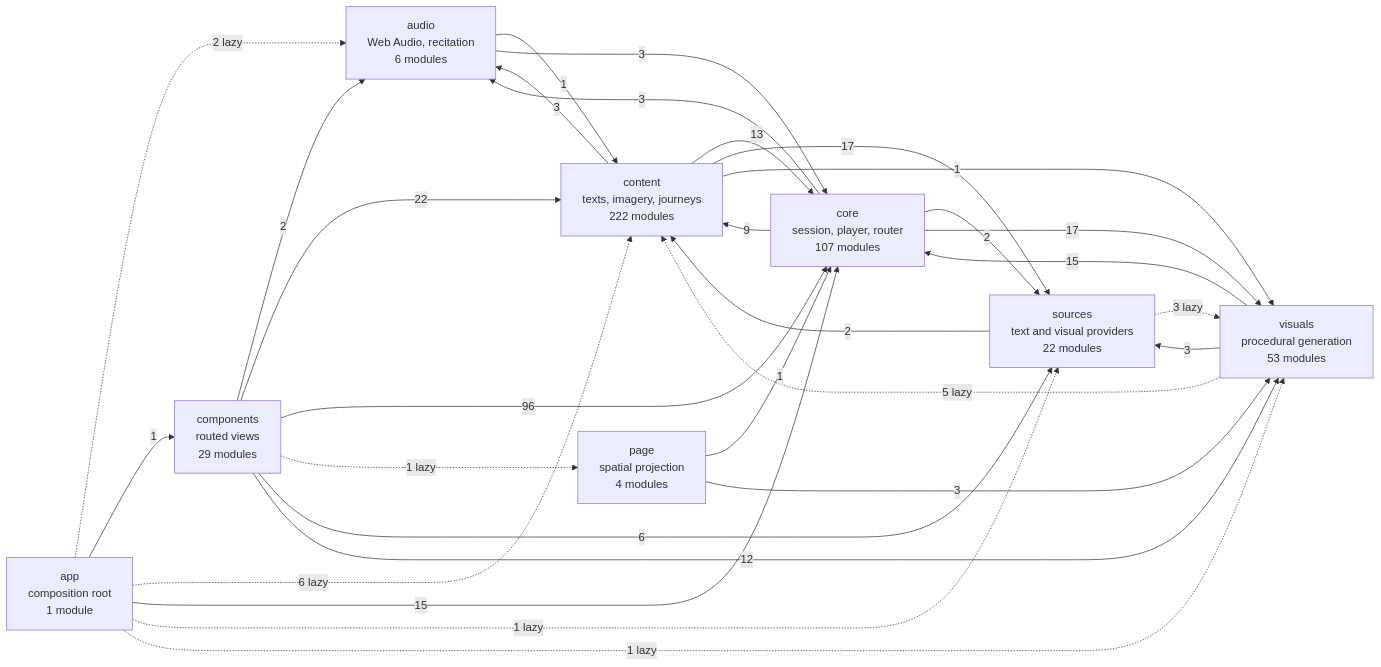
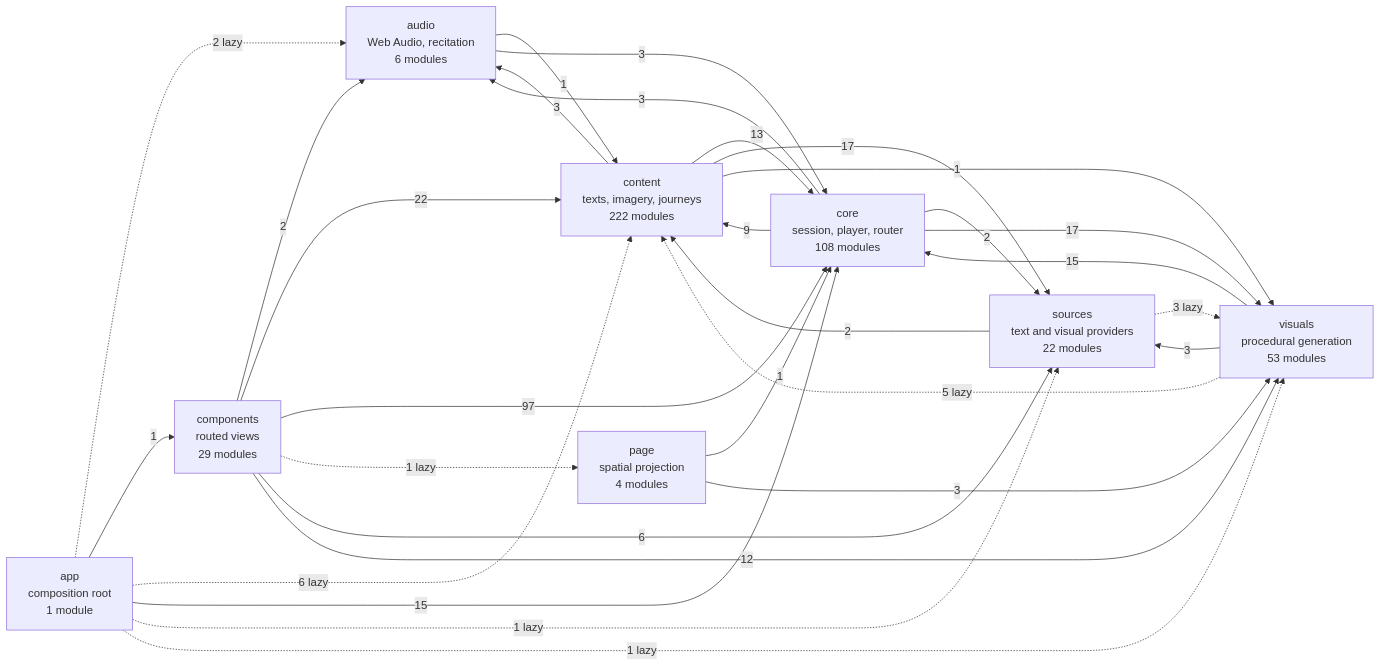
One commit to SyberLabs/RISE changed the diagram in docs/specs/ARCHITECTURE.md. Above: the diagram before and after it, drawn with Mermaid. The commit also changed other lines of this file and 5 other files, not shown here.

````diff
--- a/docs/specs/ARCHITECTURE.md
+++ b/docs/specs/ARCHITECTURE.md
@@ -149,41 +149,41 @@
 ```mermaid
 flowchart LR
     app["app<br/>composition root<br/>1 module"]
     audio["audio<br/>Web Audio, recitation<br/>6 modules"]
     components["components<br/>routed views<br/>29 modules"]
     content["content<br/>texts, imagery, journeys<br/>222 modules"]
-    core["core<br/>session, player, router<br/>107 modules"]
+    core["core<br/>session, player, router<br/>108 modules"]
     page["page<br/>spatial projection<br/>4 modules"]
     sources["sources<br/>text and visual providers<br/>22 modules"]
     visuals["visuals<br/>procedural generation<br/>53 modules"]
 
     app -.-> |2 lazy| audio
     app --> |1| components
     app -.-> |6 lazy| content
     app --> |15| core
     app -.-> |1 lazy| sources
     app -.-> |1 lazy| visuals
     audio --> |1| content
     audio --> |3| core
     components --> |2| audio
     components --> |22| content
-    components --> |96| core
+    components --> |97| core
     components -.-> |1 lazy| page
     components --> |6| sources
     components --> |12| visuals
     content --> |3| audio
     content --> |13| core
     content --> |17| sources
     content --> |1| visuals
     core --> |3| audio
     core --> |9| content
     core --> |2| sources
     core --> |17| visuals
     page --> |1| core
     page --> |3| visuals
     sources --> |2| content
     sources -.-> |3 lazy| visuals
     visuals -.-> |5 lazy| content
     visuals --> |15| core
     visuals --> |3| sources
 ```
````
